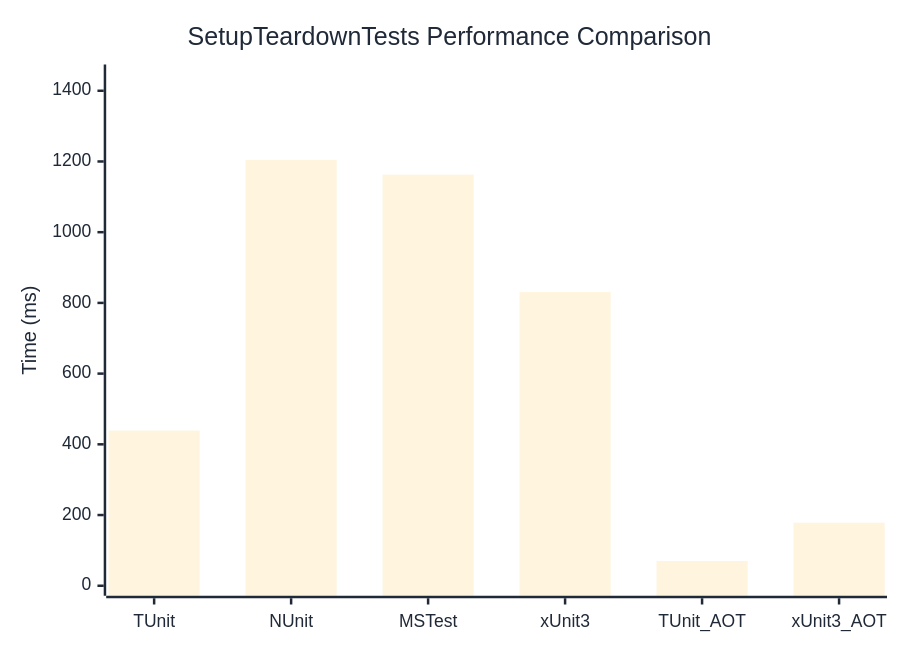
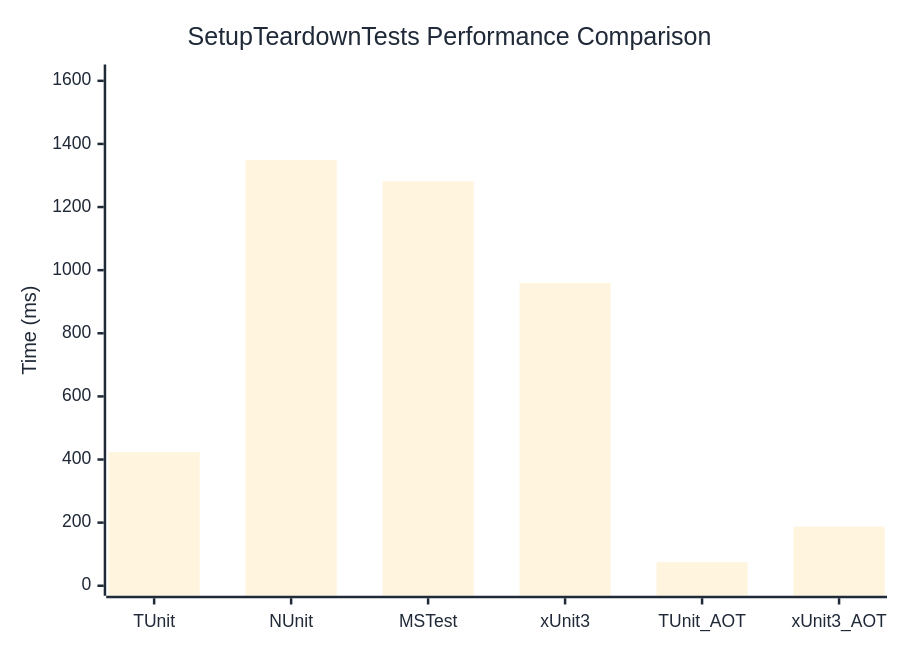
One commit to thomhurst/TUnit changed the diagram in docs/docs/benchmarks/engine/SetupTeardownTests.md. Above: the diagram before and after it, drawn with Mermaid. The commit also changed other lines of this file and 18 other files, not shown here.

````diff
--- a/docs/docs/benchmarks/engine/SetupTeardownTests.md
+++ b/docs/docs/benchmarks/engine/SetupTeardownTests.md
@@ -30,37 +30,37 @@
 ```mermaid
 %%{init: {
   'theme':'base',
   'themeVariables': {
     'primaryColor': '#2563eb',
     'primaryTextColor': '#1f2937',
     'primaryBorderColor': '#1e40af',
     'lineColor': '#6b7280',
     'secondaryColor': '#7c3aed',
     'tertiaryColor': '#dc2626',
     'background': '#ffffff',
     'mainBkg': '#2563eb',
     'secondBkg': '#7c3aed',
     'tertiaryBkg': '#dc2626',
     'clusterBkg': '#f3f4f6',
     'edgeLabelBackground': '#ffffff',
     'tertiaryTextColor': '#1f2937',
     'pie1': '#2563eb',
     'pie2': '#7c3aed',
     'pie3': '#dc2626',
     'pie4': '#f59e0b',
     'pie5': '#10b981',
     'pie6': '#06b6d4',
     'pie7': '#ec4899',
     'pie8': '#6366f1',
     'pie9': '#84cc16',
     'pie10': '#f97316',
     'pie11': '#14b8a6',
     'pie12': '#a855f7'
   }
 }}%%
 xychart-beta
   title "SetupTeardownTests Performance Comparison"
   x-axis ["TUnit", "NUnit", "MSTest", "xUnit3", "TUnit_AOT", "xUnit3_AOT"]
-  y-axis "Time (ms)" 0 --> 1446
-  bar [438.91, 1204.63, 1162.74, 830.48, 70.01, 178.33]
+  y-axis "Time (ms)" 0 --> 1620
+  bar [422.98, 1349.39, 1281.82, 959.54, 74.8, 187.23]
 ```
````
